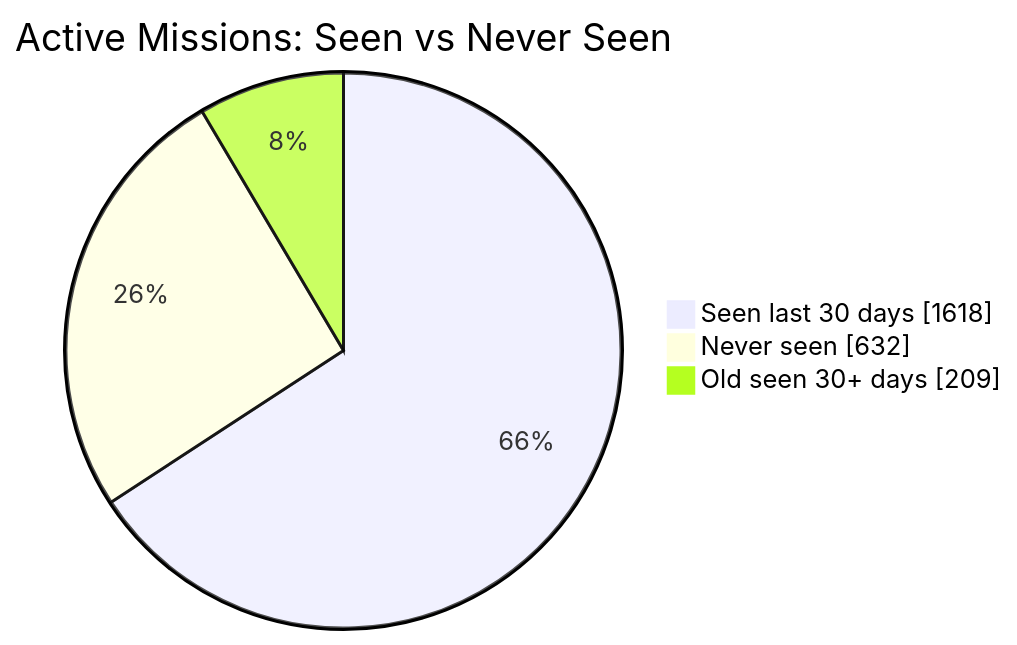
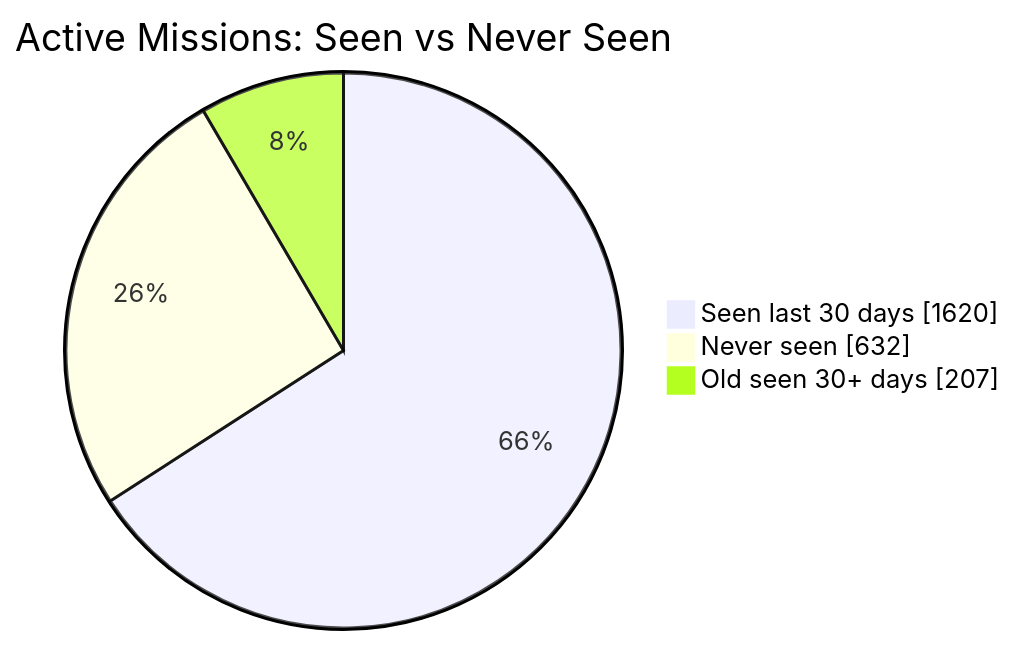
The first of 2 diagrams in README.md (MeldkamerspelGameTeam/active-missions), drawn with Mermaid before and after one commit. The commit also changed other lines of this file and 2 other files, not shown here.

````diff
--- a/README.md
+++ b/README.md
@@ -34,7 +34,7 @@
 ```mermaid
 pie showData
     title Active Missions: Seen vs Never Seen
-    "Seen last 30 days" : 1618
+    "Seen last 30 days" : 1620
     "Never seen" : 632
-    "Old seen 30+ days" : 209
+    "Old seen 30+ days" : 207
 ```
````
